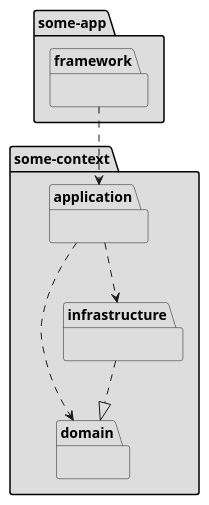
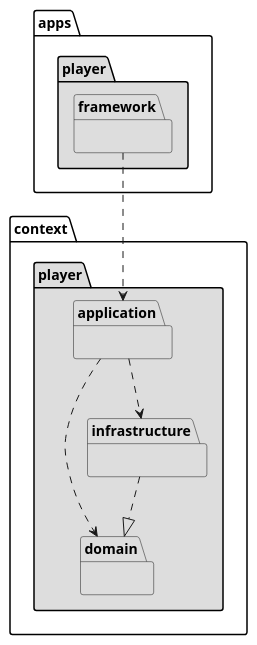
The second of 2 diagrams in docs/src/analysis/architecture-packages_hex.plantuml (Master-Desarrollo-20-21/patrones-diseno---practica-final---juego-de-las-damas-fraylopez), drawn with PlantUML before and after one commit. The commit also changed other lines of this file and 1 other file, not shown here.

Commit message:
modify hex arch diagrams

```diff
--- a/docs/src/analysis/architecture-packages_hex.plantuml
+++ b/docs/src/analysis/architecture-packages_hex.plantuml
@@ -17,17 +19,17 @@
 @startuml ArchHexPackage
-  package some-app #DDDDDD {
+  package apps.player #DDDDDD {
     package framework #DDDDDD {}
   }
-  package some-context #DDDDDD {
+  package context.player #DDDDDD {
     package application #DDDDDD { }
     package domain #DDDDDD { }
     package infrastructure #DDDDDD { }
 }
 
 framework ..> application
 application ..> domain
 application ..> infrastructure
 
 infrastructure ..|> domain
 
 @enduml
```
